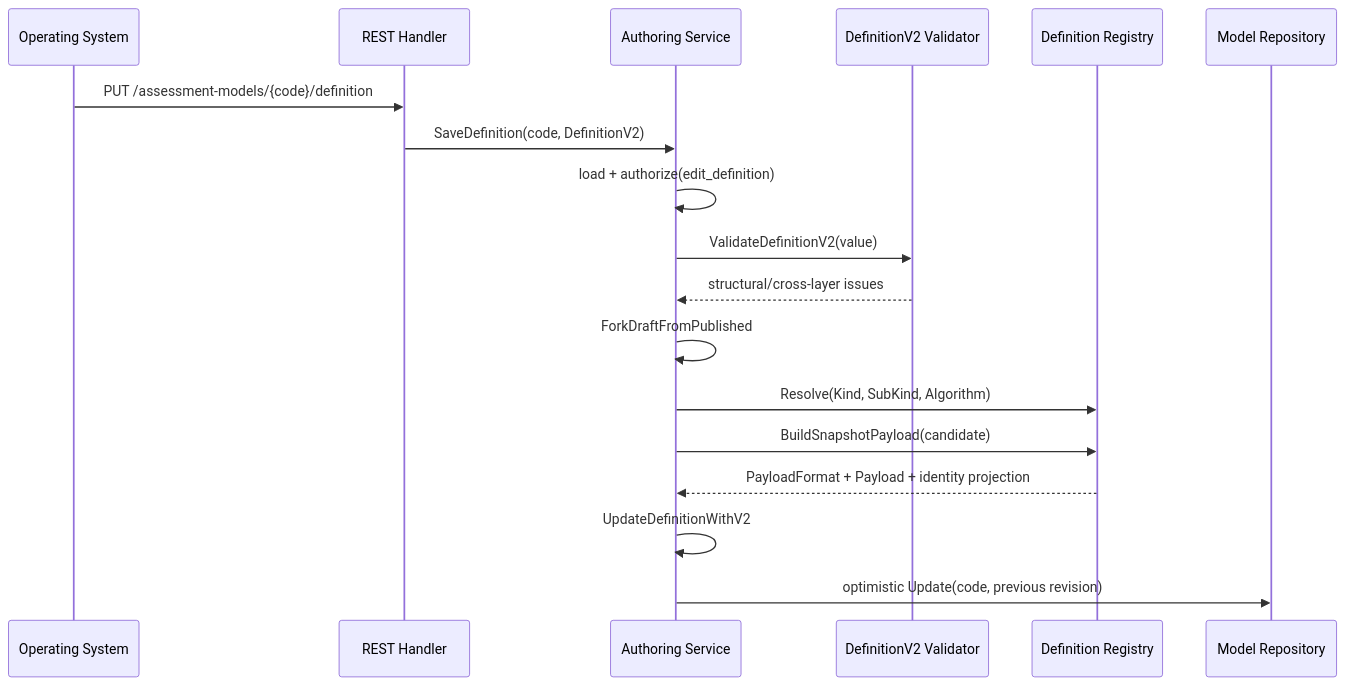
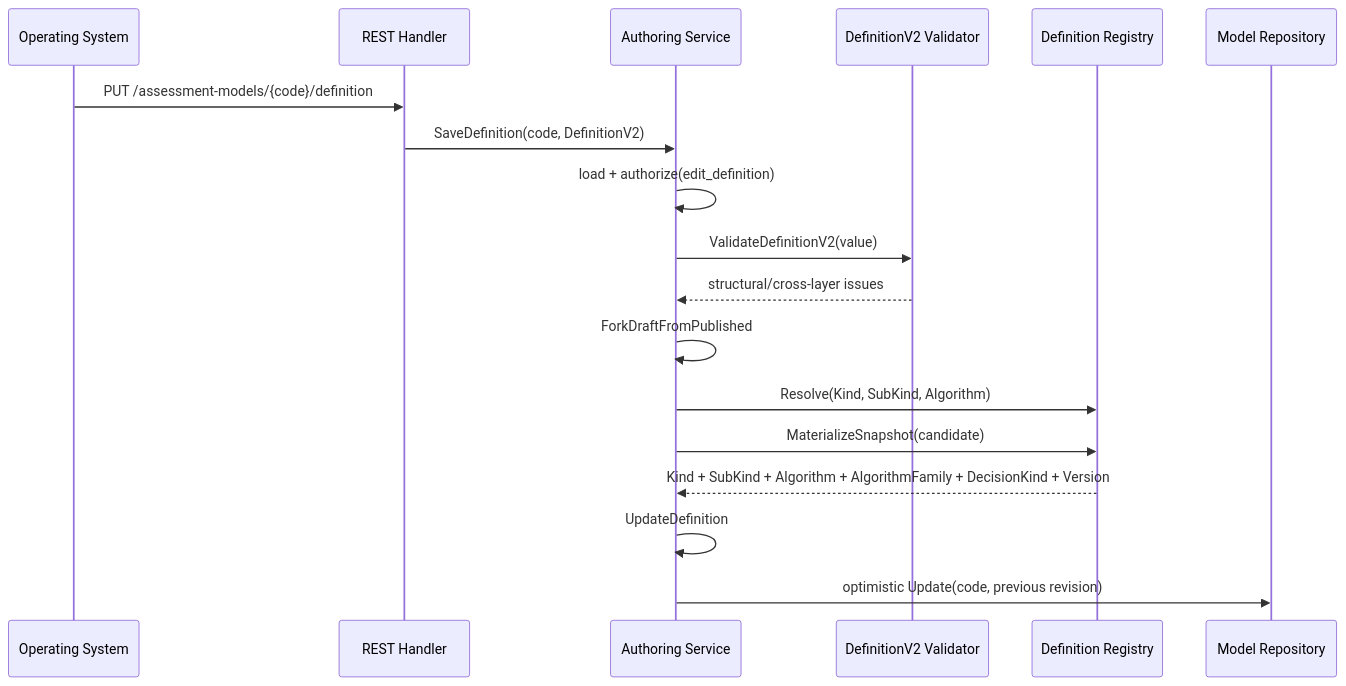
One commit to FangcunMount/qs-server changed the third of 4 diagrams in docs/02-业务模块/20-model-catalog/30-关键链路-模型创建编辑与联合发布.md. Above: the diagram before and after it, drawn with Mermaid. The commit also changed other lines of this file and 437 other files, not shown here.

Commit message:
refactor(model): 收尾 MC-R017/MC-R018 在 ModelCatalog → Evaluation → Outcome 链路中的兼容债务： 不迁移、回填旧 Assessment 或旧 ModelCatalog 数据； 删除不符合新契约的数据后重新导入、发布； 不保留 v1 快照、旧 payload、旧格式 decoder、运行时 fallback； 内部仍可由 DefinitionV2 投影临时计算 DTO，但不得持久化或暴露 compatibility payload。

````diff
--- a/docs/02-业务模块/20-model-catalog/30-关键链路-模型创建编辑与联合发布.md
+++ b/docs/02-业务模块/20-model-catalog/30-关键链路-模型创建编辑与联合发布.md
@@ -333,21 +333,21 @@
 ```mermaid
 sequenceDiagram
     participant UI as Operating System
     participant H as REST Handler
     participant A as Authoring Service
     participant V as DefinitionV2 Validator
     participant G as Definition Registry
     participant R as Model Repository
 
     UI->>H: PUT /assessment-models/{code}/definition
     H->>A: SaveDefinition(code, DefinitionV2)
     A->>A: load + authorize(edit_definition)
     A->>V: ValidateDefinitionV2(value)
     V-->>A: structural/cross-layer issues
     A->>A: ForkDraftFromPublished
     A->>G: Resolve(Kind, SubKind, Algorithm)
-    A->>G: BuildSnapshotPayload(candidate)
-    G-->>A: PayloadFormat + Payload + identity projection
-    A->>A: UpdateDefinitionWithV2
+    A->>G: MaterializeSnapshot(candidate)
+    G-->>A: Kind + SubKind + Algorithm + AlgorithmFamily + DecisionKind + Version
+    A->>A: UpdateDefinition
     A->>R: optimistic Update(code, previous revision)
 ```
````
